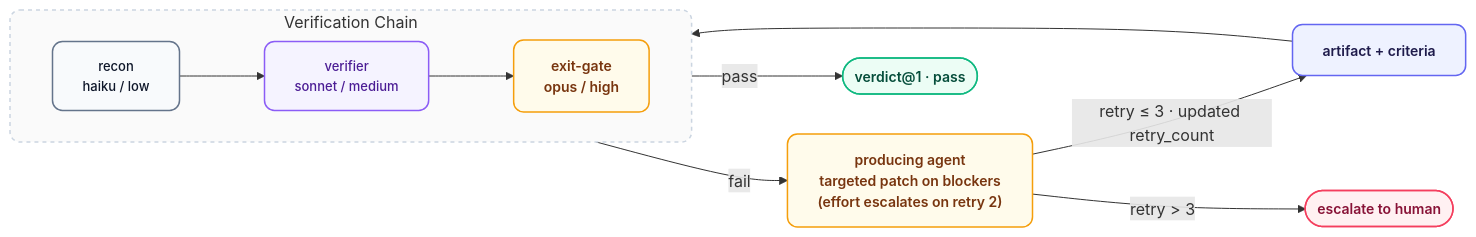
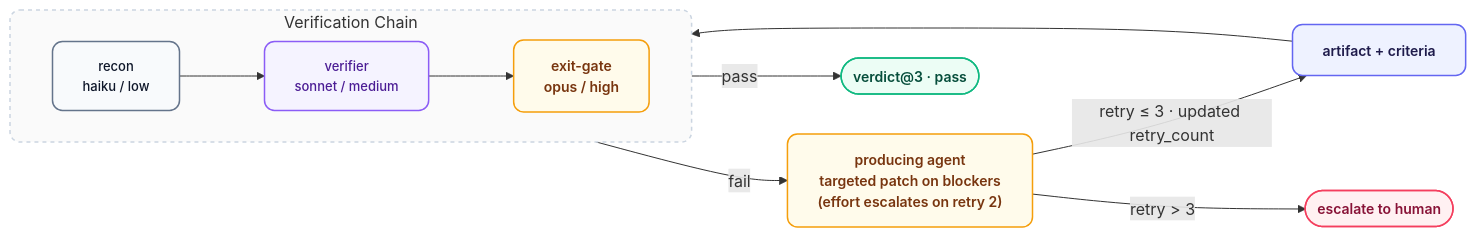
One commit to orin-dx/agent-plugins changed the fifth of 7 diagrams in ARCHITECTURE.md. Above: the diagram before and after it, drawn with Mermaid. The commit also changed other lines of this file and 168 other files, not shown here.

````diff
--- a/ARCHITECTURE.md
+++ b/ARCHITECTURE.md
@@ -180,41 +196,41 @@
 ```mermaid
 %%{init: {'flowchart': {'curve': 'basis', 'nodeSpacing': 40, 'rankSpacing': 60}}}%%
 flowchart LR
     classDef source fill:#eef2ff,stroke:#6366f1,stroke-width:1.5px,color:#1e1b4b,rx:10,ry:10,font-size:14px,font-weight:600;
     classDef store fill:#f8fafc,stroke:#64748b,stroke-width:1.5px,color:#0f172a,rx:10,ry:10,font-size:13px,font-weight:500;
     classDef engine fill:#f5f3ff,stroke:#8b5cf6,stroke-width:1.5px,color:#4c1d95,rx:10,ry:10,font-size:13px,font-weight:500;
     classDef router fill:#fffbeb,stroke:#f59e0b,stroke-width:1.5px,color:#78350f,rx:10,ry:10,font-size:14px,font-weight:600;
     classDef output fill:#ecfdf5,stroke:#10b981,stroke-width:1.5px,color:#064e3b,rx:10,ry:10,font-size:14px,font-weight:600;
     classDef alert fill:#fff1f2,stroke:#f43f5e,stroke-width:1.5px,color:#881337,rx:10,ry:10,font-size:14px,font-weight:600;
 
     Art[artifact + criteria]
 
     subgraph check [Verification Chain]
         direction LR
         Recon["recon
         haiku / low"] --> Ver["verifier
         sonnet / medium"] --> Gate["exit-gate
         opus / high"]
     end
 
     Art --> Recon
 
     Fix["producing agent
     targeted patch on blockers
     (effort escalates on retry 2)"]
 
-    Gate -->|pass| Done(["verdict@1 · pass"])
+    Gate -->|pass| Done(["verdict@3 · pass"])
     Gate -->|fail| Fix
     Fix -->|"retry ≤ 3 · updated retry_count"| Art
     Fix -->|"retry > 3"| Esc(["escalate to human"])
 
     class Art source
     class Recon store
     class Ver engine
     class Gate router
     class Done output
     class Fix router
     class Esc alert
 
     style check fill:#fafafa,stroke:#cbd5e1,stroke-width:1.5px,stroke-dasharray: 4 4,rx:10px,ry:10px
 ```
````
